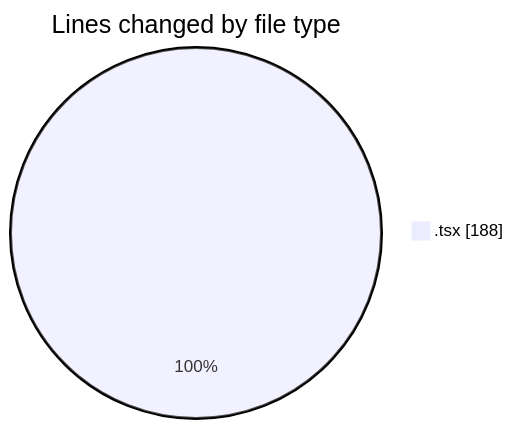
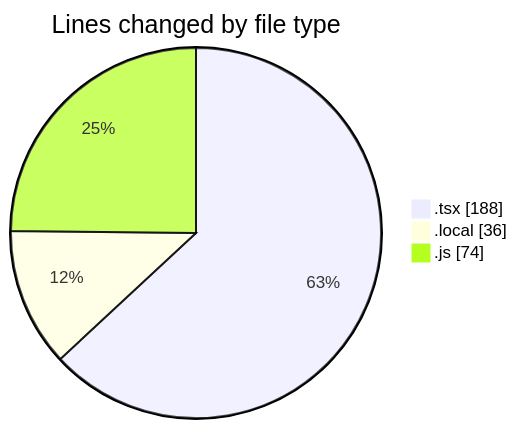
Before and after one commit to becaeroporto-bot/code-tracking: the first of 2 diagrams in 2026-02-16/chatbot-ui-main/README.md, drawn with Mermaid. The commit also changed other lines of this file and 1 other file, not shown here.

````diff
--- a/2026-02-16/chatbot-ui-main/README.md
+++ b/2026-02-16/chatbot-ui-main/README.md
@@ -20,5 +22,7 @@
 ```mermaid
 pie showData
 title Lines changed by file type
 ".tsx" : 188
+".local" : 36
+".js" : 74
 ```
````
